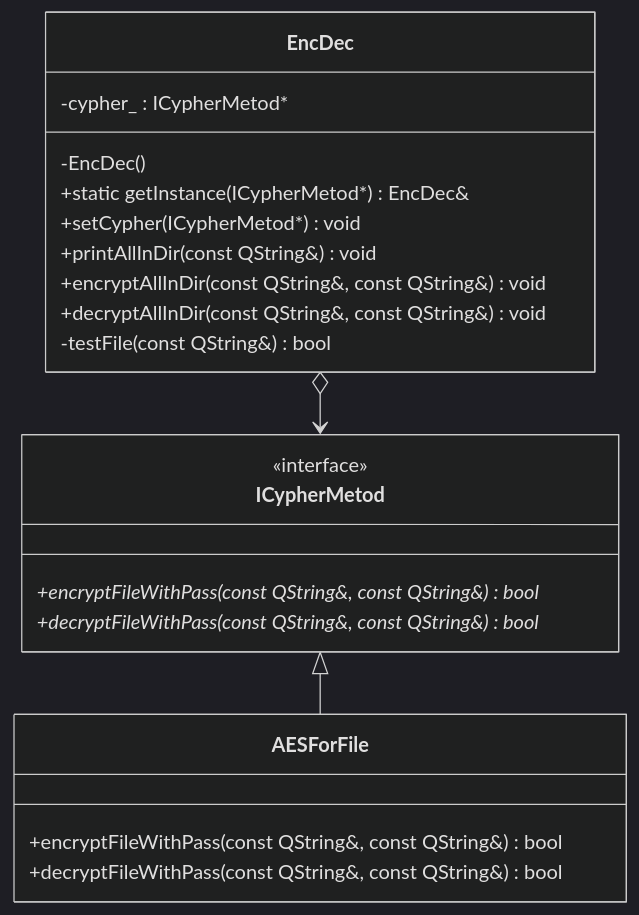
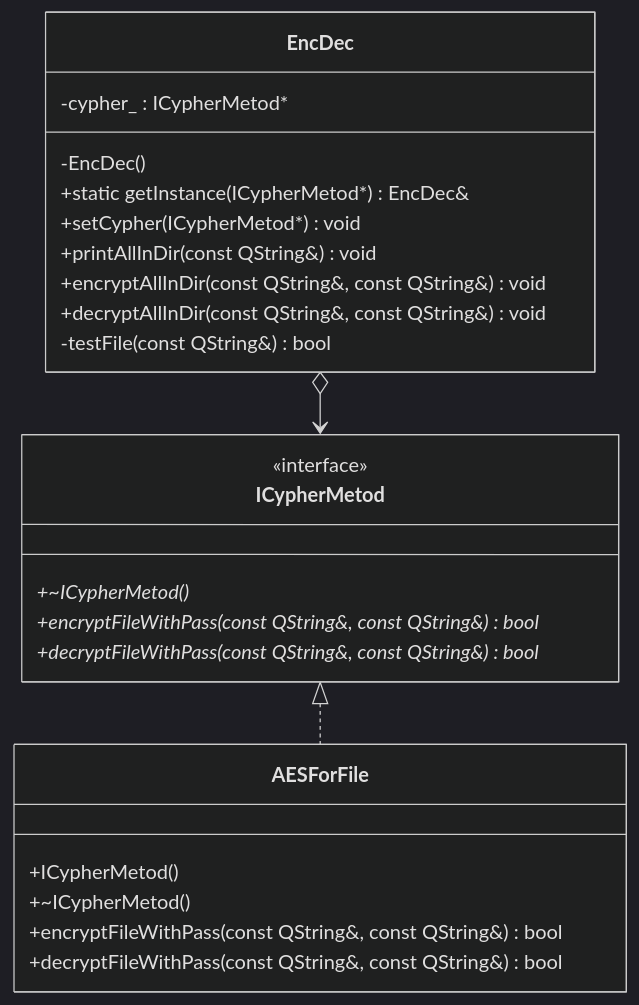
Before and after one commit to ILoveHumanity/Qt_Lab1: the diagram in README.md, drawn with Mermaid (dark theme). The commit also changed other lines of this file, not shown here.

````diff
--- a/README.md
+++ b/README.md
@@ -12,26 +12,29 @@
 ```mermaid
 classDiagram
     class ICypherMetod {
         <<interface>>
+	+~ICypherMetod()*
         +encryptFileWithPass(const QString&, const QString&) bool*
         +decryptFileWithPass(const QString&, const QString&) bool*
     }
     class AESForFile {
+	+ICypherMetod()
+	+~ICypherMetod()
         +encryptFileWithPass(const QString&, const QString&) bool
         +decryptFileWithPass(const QString&, const QString&) bool
     }
 
     class EncDec {
         -cypher_ : ICypherMetod&#42 
         -EncDec()
         +static getInstance(ICypherMetod*) EncDec&
         +setCypher(ICypherMetod*) void
         +printAllInDir(const QString&) void
         +encryptAllInDir(const QString&, const QString&) void
         +decryptAllInDir(const QString&, const QString&) void
 	-testFile(const QString&) bool
     }
 
-    ICypherMetod <|-- AESForFile
+    ICypherMetod <|.. AESForFile
     EncDec o--> ICypherMetod
 ```
````
